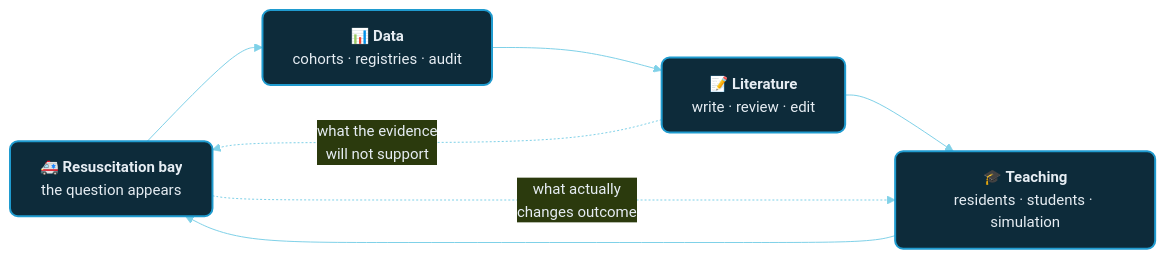
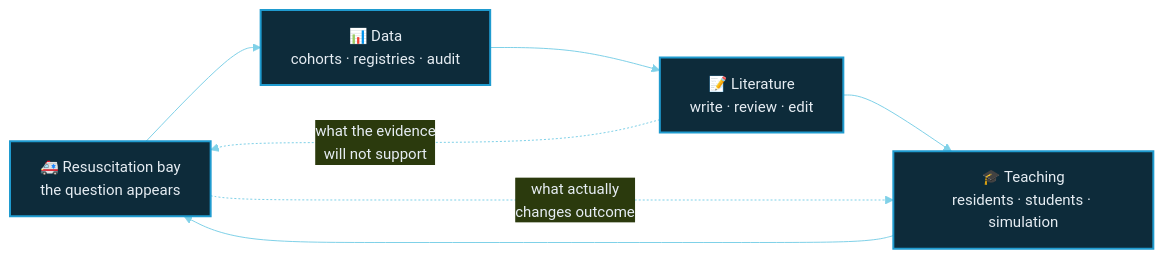
One commit to farukdanis/farukdanis changed the diagram in README.md. Above: the diagram before and after it, drawn with Mermaid. The commit also changed other lines of this file, not shown here.

Commit message:
Clean up profile README: fixed header, mermaid loop, remove template leftovers

````diff
--- a/README.md
+++ b/README.md
@@ -114,16 +118,16 @@
 ```mermaid
 %%{init: {'theme':'base','themeVariables':{'primaryColor':'#0d2b3a','primaryTextColor':'#e6edf3','primaryBorderColor':'#1F9BCF','lineColor':'#7FD1E8','fontFamily':'Segoe UI, sans-serif','fontSize':'15px'}}}%%
 flowchart LR
-    A["🚑 <b>Resuscitation bay</b><br/>the question appears"]
-    B["📊 <b>Data</b><br/>cohorts · registries · audit"]
-    C["📝 <b>Literature</b><br/>write · review · edit"]
-    D["🎓 <b>Teaching</b><br/>residents · students · simulation"]
+    A["🚑 Resuscitation bay<br/>the question appears"]
+    B["📊 Data<br/>cohorts · registries · audit"]
+    C["📝 Literature<br/>write · review · edit"]
+    D["🎓 Teaching<br/>residents · students · simulation"]
 
     A --> B --> C --> D --> A
 
     A -.->|"what actually<br/>changes outcome"| D
     C -.->|"what the evidence<br/>will not support"| A
 
-    classDef node fill:#0d2b3a,stroke:#1F9BCF,stroke-width:2px,color:#e6edf3,rx:8,ry:8;
+    classDef node fill:#0d2b3a,stroke:#1F9BCF,stroke-width:2px,color:#e6edf3;
     class A,B,C,D node;
 ```
````
